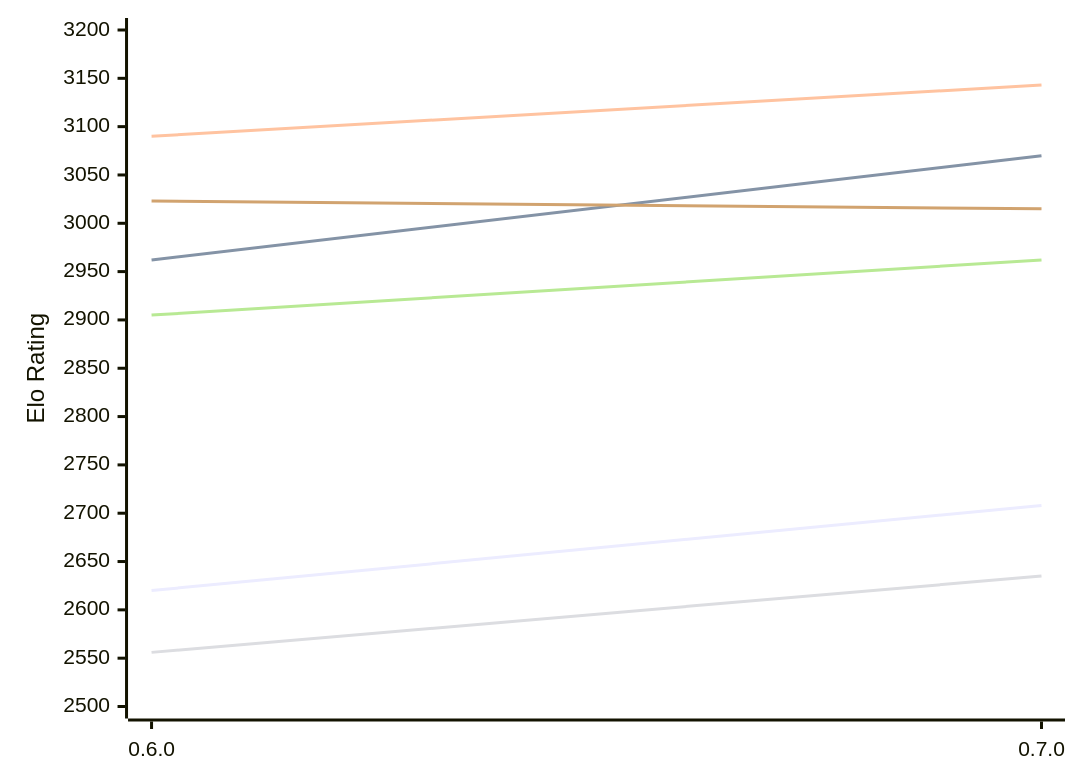
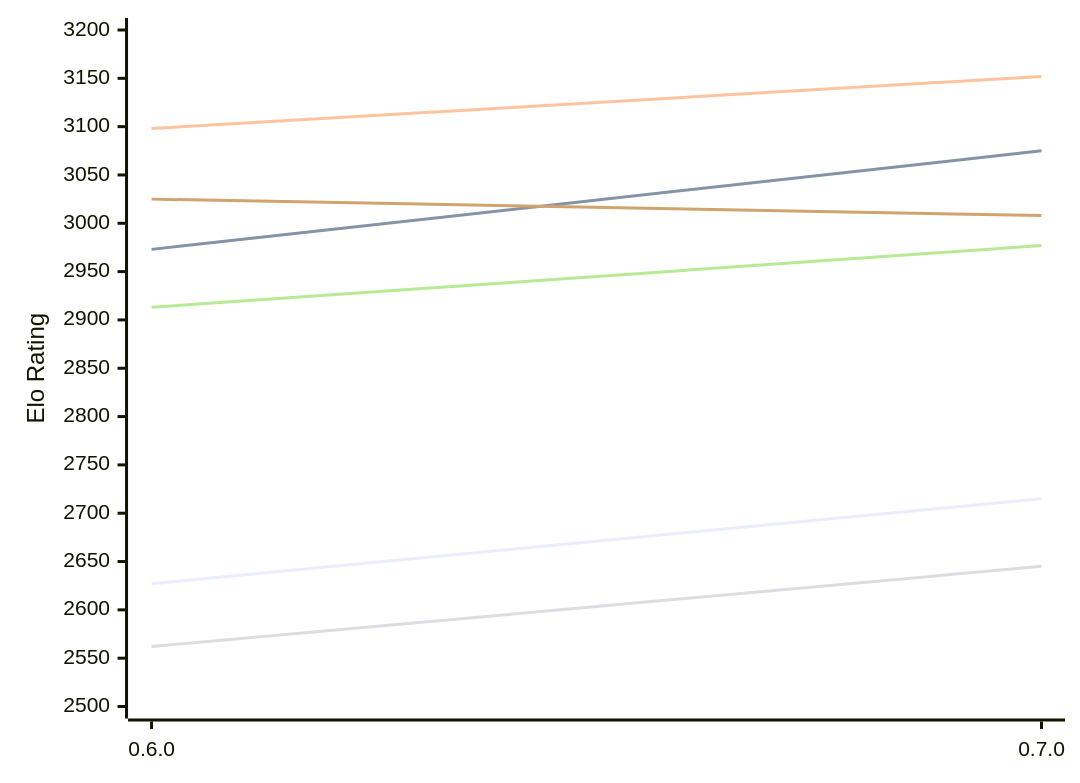
The first of 2 diagrams in engines/AteNika.md (computer-chess-index/cci), drawn with Mermaid before and after one commit. The commit also changed other lines of this file, not shown here.

Commit message:
Update CCI Ratings (ELO VLTC) - 2026-11-16

````diff
--- a/engines/AteNika.md
+++ b/engines/AteNika.md
@@ -52,12 +52,12 @@
 ```mermaid
 %%{init: {"theme":"base","themeVariables":{"seriesColors:['#a3a3a3','#222221','#faa371']}}}%%
 xychart-beta
   x-axis ["0.6.0", "0.7.0"]
   y-axis "Elo Rating" 2500 --> 3200
-  line "E1: STC (8.0+0.08s)" [2620, 2708]
-  line "E1: LTC (60.0+0.60s)" [2962, 3070]
-  line "E1: VLTC (2m24s+1.12s)" [3090, 3143]
-  line "P1: STC (8.0+0.08s)" [2556, 2635]
-  line "P1: LTC (60.0+0.60s)" [2905, 2962]
-  line "P1: VLTC (2m24s+1.12s)" [3023, 3015]
+  line "E1: STC (8.0+0.08s)" [2627, 2715]
+  line "E1: LTC (60.0+0.60s)" [2973, 3075]
+  line "E1: VLTC (2m24s+1.12s)" [3098, 3152]
+  line "P1: STC (8.0+0.08s)" [2562, 2645]
+  line "P1: LTC (60.0+0.60s)" [2913, 2977]
+  line "P1: VLTC (2m24s+1.12s)" [3025, 3008]
 ```
````
